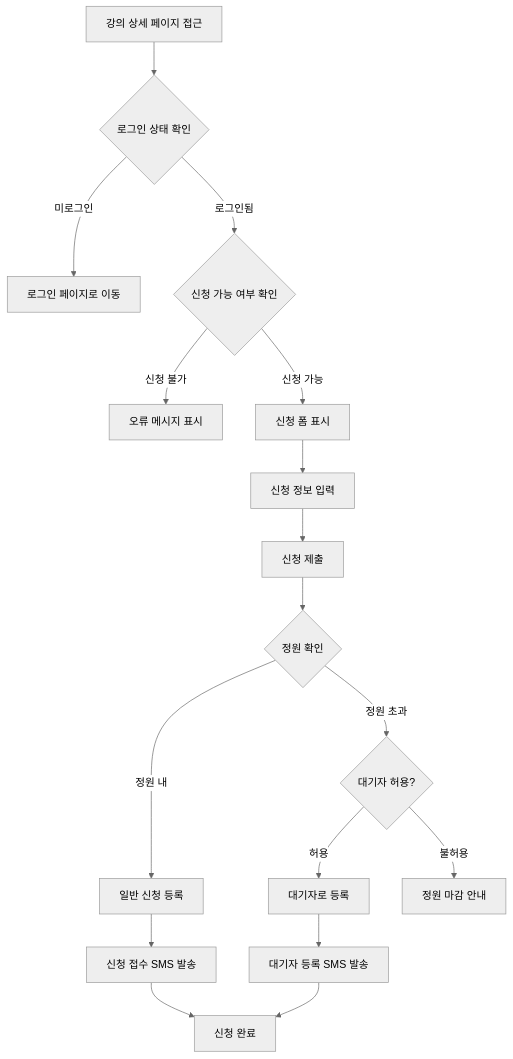
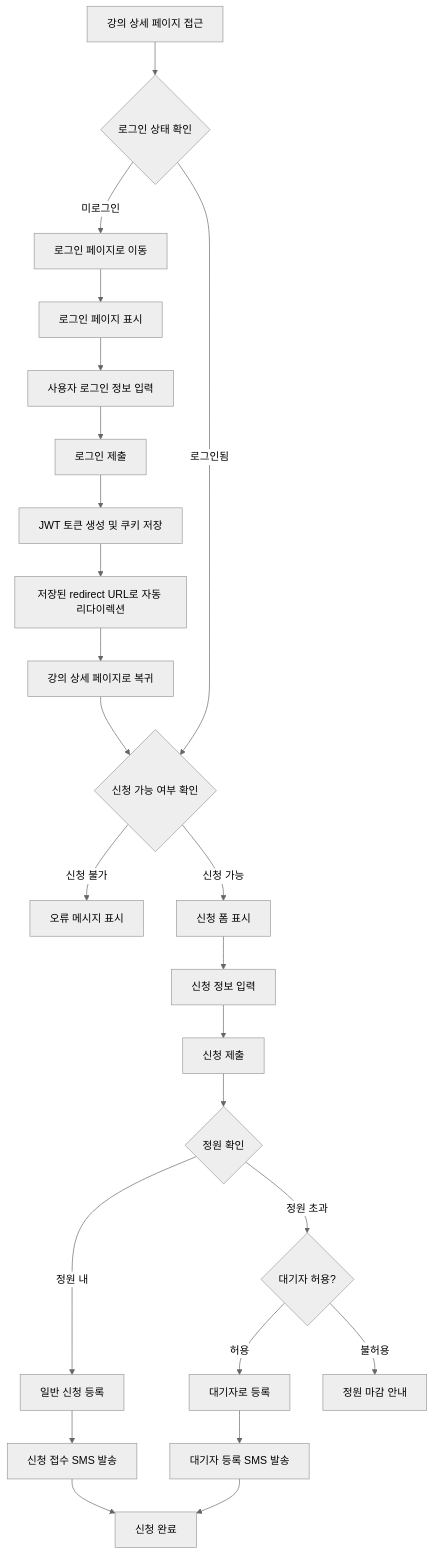
One commit to LeeJeongHyeon123/topmkt changed the first of 2 diagrams in docs/강의신청_관리_시스템_가이드.md. Above: the diagram before and after it, drawn with Mermaid (neutral theme). The commit also changed other lines of this file and 6 other files, not shown here.

````diff
--- a/docs/강의신청_관리_시스템_가이드.md
+++ b/docs/강의신청_관리_시스템_가이드.md
@@ -100,19 +100,26 @@
 ```mermaid
 flowchart TD
     A[강의 상세 페이지 접근] --> B{로그인 상태 확인}
     B -->|미로그인| C[로그인 페이지로 이동]
-    B -->|로그인됨| D{신청 가능 여부 확인}
-    D -->|신청 불가| E[오류 메시지 표시]
-    D -->|신청 가능| F[신청 폼 표시]
-    F --> G[신청 정보 입력]
-    G --> H[신청 제출]
-    H --> I{정원 확인}
-    I -->|정원 내| J[일반 신청 등록]
-    I -->|정원 초과| K{대기자 허용?}
-    K -->|허용| L[대기자로 등록]
-    K -->|불허용| M[정원 마감 안내]
-    J --> N[신청 접수 SMS 발송]
-    L --> O[대기자 등록 SMS 발송]
-    N --> P[신청 완료]
-    O --> P
+    C --> D[로그인 페이지 표시]
+    D --> E[사용자 로그인 정보 입력]
+    E --> F[로그인 제출]
+    F --> G[JWT 토큰 생성 및 쿠키 저장]
+    G --> H[저장된 redirect URL로 자동 리다이렉션]
+    H --> I[강의 상세 페이지로 복귀]
+    I --> J{신청 가능 여부 확인}
+    J -->|신청 불가| K[오류 메시지 표시]
+    J -->|신청 가능| L[신청 폼 표시]
+    L --> M[신청 정보 입력]
+    M --> N[신청 제출]
+    N --> O{정원 확인}
+    O -->|정원 내| P[일반 신청 등록]
+    O -->|정원 초과| Q{대기자 허용?}
+    Q -->|허용| R[대기자로 등록]
+    Q -->|불허용| S[정원 마감 안내]
+    P --> T[신청 접수 SMS 발송]
+    R --> U[대기자 등록 SMS 발송]
+    T --> V[신청 완료]
+    U --> V
+    B -->|로그인됨| J
 ```
````
